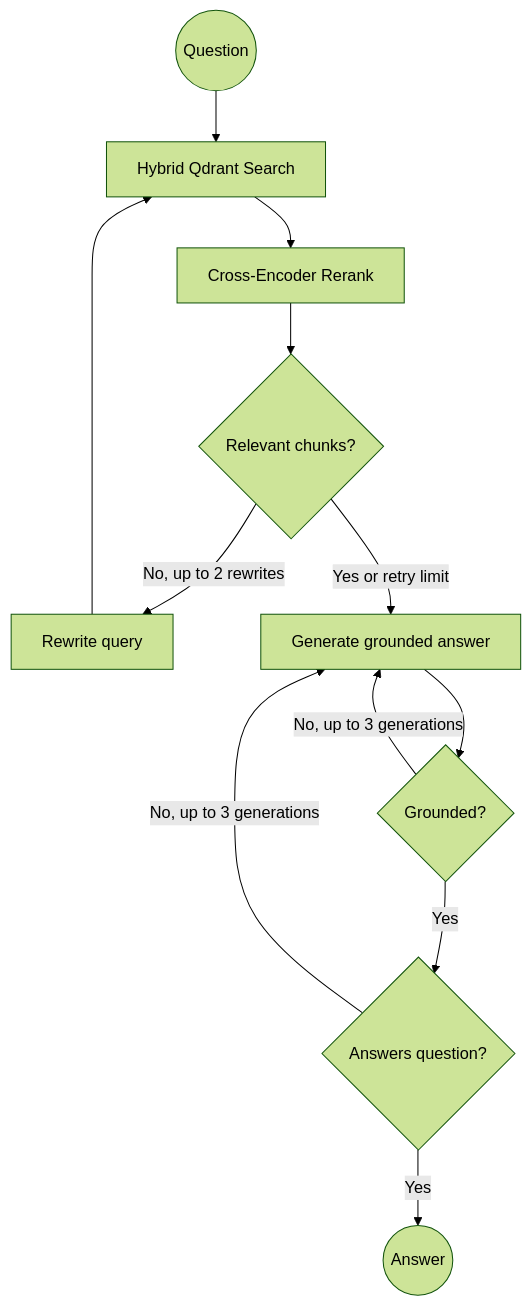
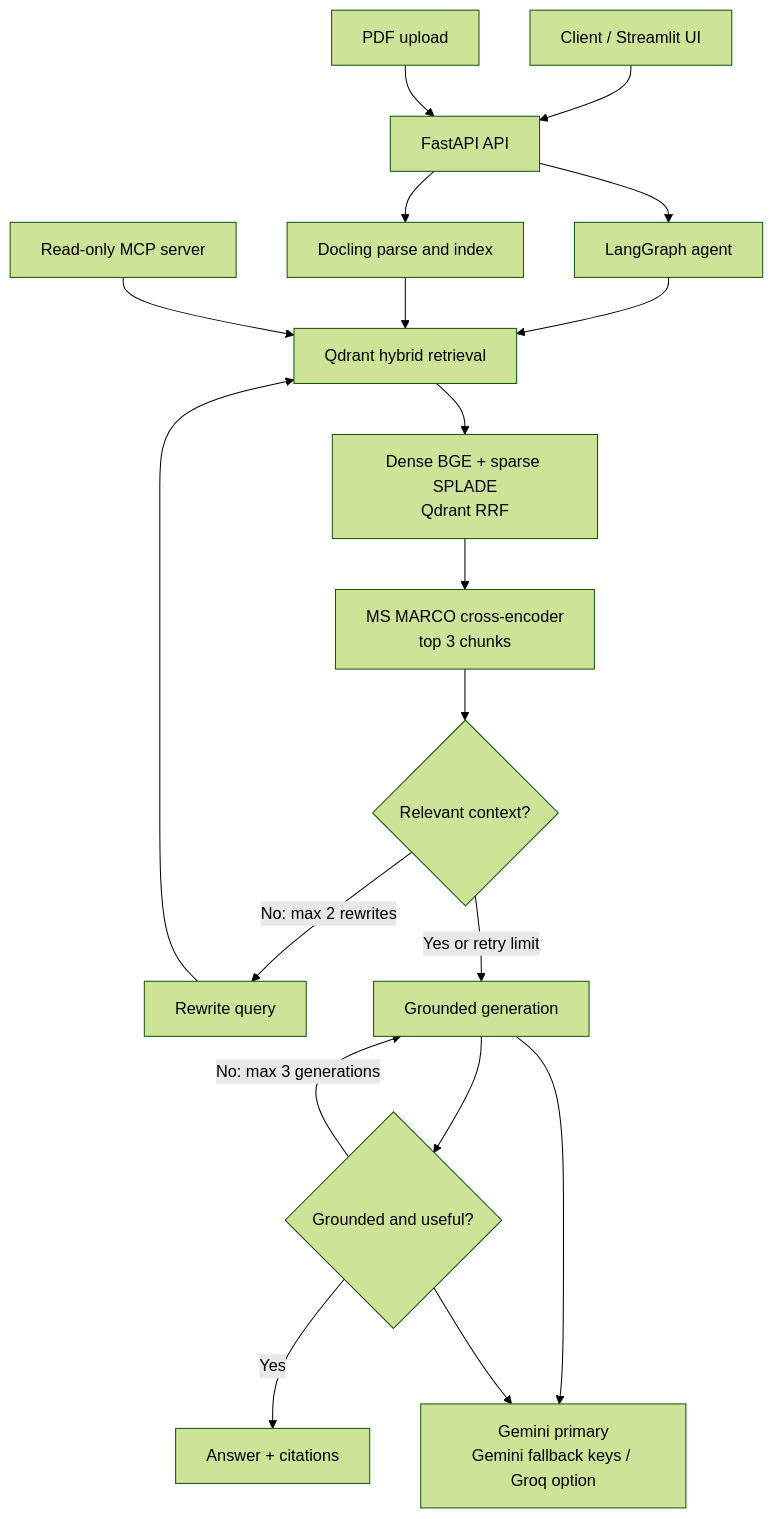
The diagram in README.md (AdhamDesouky/autonomous-context-engine), drawn with Mermaid (forest theme) before and after one commit. The commit also changed other lines of this file and 4 other files, not shown here.

Commit message:
refactor: Update README and configuration for Gemini API integration; enhance LLM model handling

````diff
--- a/README.md
+++ b/README.md
@@ -15,14 +15,21 @@
 ```mermaid
-graph TD
-        START((Question)) --> SEARCH[Hybrid Qdrant Search]
-        SEARCH --> RERANK[Cross-Encoder Rerank]
-        RERANK --> GRADE{Relevant chunks?}
-        GRADE -- No, up to 2 rewrites --> REWRITE[Rewrite query]
-        REWRITE --> SEARCH
-        GRADE -- Yes or retry limit --> GENERATE[Generate grounded answer]
-        GENERATE --> FACTS{Grounded?}
-        FACTS -- No, up to 3 generations --> GENERATE
-        FACTS -- Yes --> USEFUL{Answers question?}
-        USEFUL -- No, up to 3 generations --> GENERATE
-        USEFUL -- Yes --> END((Answer))
+flowchart TD
+    CLIENT[Client / Streamlit UI] --> API[FastAPI API]
+    UPLOAD[PDF upload] --> API
+    API --> GRAPH[LangGraph agent]
+    GRAPH --> RETRIEVE[Qdrant hybrid retrieval]
+    RETRIEVE --> RRF[Dense BGE + sparse SPLADE<br/>Qdrant RRF]
+    RRF --> RERANK[MS MARCO cross-encoder<br/>top 3 chunks]
+    RERANK --> GRADE{Relevant context?}
+    GRADE -- No: max 2 rewrites --> REWRITE[Rewrite query]
+    REWRITE --> RETRIEVE
+    GRADE -- Yes or retry limit --> GENERATE[Grounded generation]
+    GENERATE --> CHECK{Grounded and useful?}
+    CHECK -- No: max 3 generations --> GENERATE
+    CHECK -- Yes --> RESPONSE[Answer + citations]
+    API --> INGEST[Docling parse and index]
+    INGEST --> RETRIEVE
+    MCP[Read-only MCP server] --> RETRIEVE
+    GENERATE --> LLM[Gemini primary<br/>Gemini fallback keys / Groq option]
+    CHECK --> LLM
 ```
````
